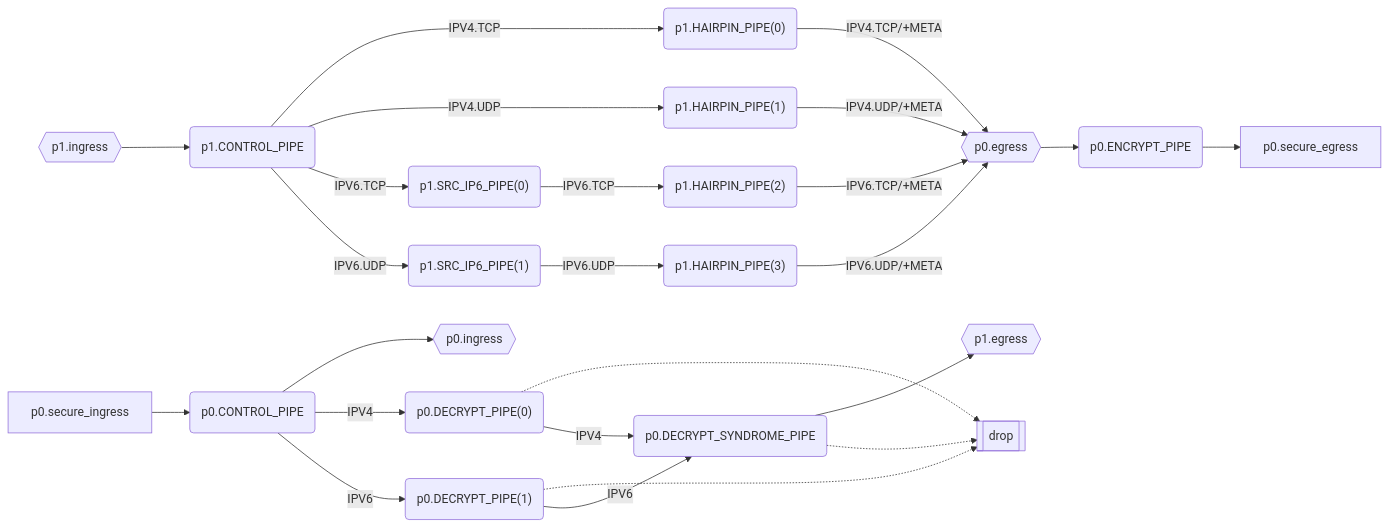
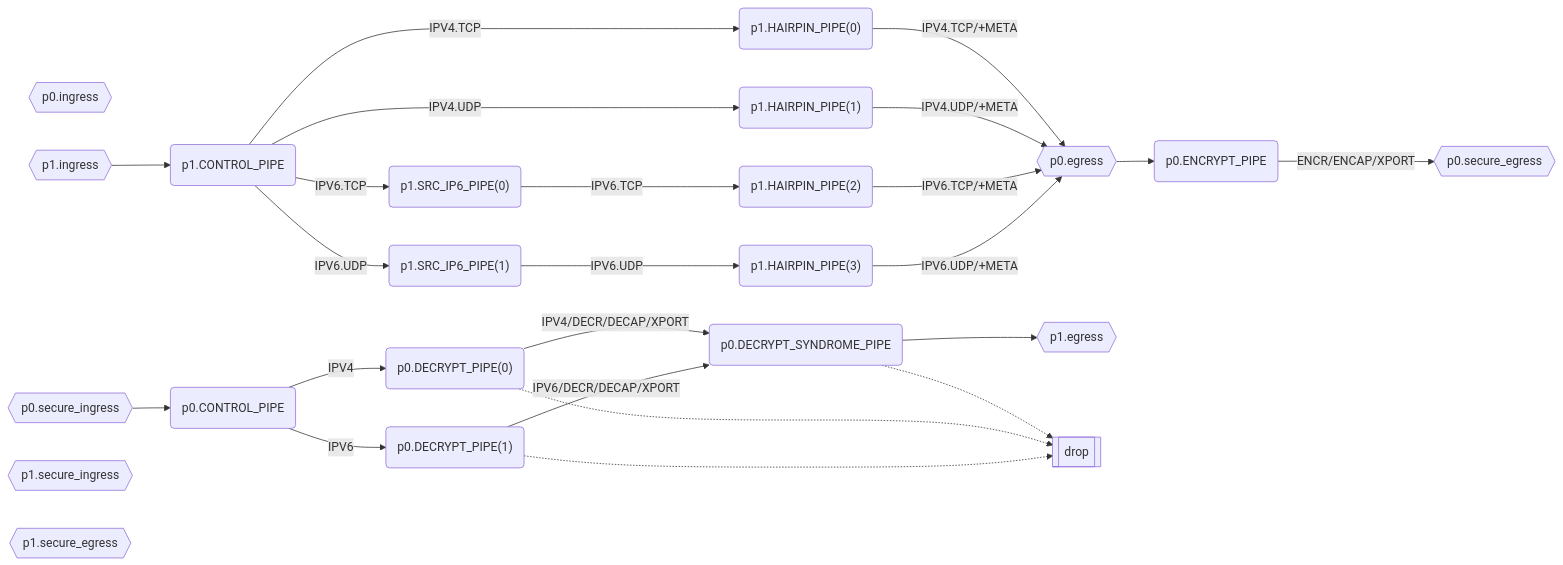
The second of 3 diagrams in README.md (nvbrent/doca-flow-viz), drawn with Mermaid before and after one commit. The commit also changed other lines of this file and 3 other files, not shown here.

````diff
--- a/README.md
+++ b/README.md
@@ -31,42 +76,47 @@
 ```mermaid
 flowchart LR
     p0.ingress{{p0.ingress}}
     p0.egress{{p0.egress}}
+    p0.secure_ingress{{p0.secure_ingress}}
+    p0.secure_egress{{p0.secure_egress}}
     p1.ingress{{p1.ingress}}
     p1.egress{{p1.egress}}
+    p1.secure_ingress{{p1.secure_ingress}}
+    p1.secure_egress{{p1.secure_egress}}
     p0.ENCRYPT_PIPE("p0.ENCRYPT_PIPE")
     p0.DECRYPT_SYNDROME_PIPE("p0.DECRYPT_SYNDROME_PIPE")
     p0.DECRYPT_PIPE0("p0.DECRYPT_PIPE(0)")
     p0.DECRYPT_PIPE1("p0.DECRYPT_PIPE(1)")
     p0.CONTROL_PIPE("p0.CONTROL_PIPE")
     p1.HAIRPIN_PIPE0("p1.HAIRPIN_PIPE(0)")
     p1.HAIRPIN_PIPE1("p1.HAIRPIN_PIPE(1)")
     p1.HAIRPIN_PIPE2("p1.HAIRPIN_PIPE(2)")
     p1.HAIRPIN_PIPE3("p1.HAIRPIN_PIPE(3)")
     p1.SRC_IP6_PIPE0("p1.SRC_IP6_PIPE(0)")
     p1.SRC_IP6_PIPE1("p1.SRC_IP6_PIPE(1)")
     p1.CONTROL_PIPE("p1.CONTROL_PIPE")
     drop[[drop]]
 
-p0.egress-->p0.ENCRYPT_PIPE-->    p0.secure_egress
-    p0.secure_ingress-->p0.CONTROL_PIPE-->    p0.ingress
+p0.egress-->p0.ENCRYPT_PIPE
+    p0.secure_ingress-->p0.CONTROL_PIPE
+    p0.ENCRYPT_PIPE-->|ENCR/ENCAP/XPORT|p0.secure_egress
     p0.DECRYPT_SYNDROME_PIPE-->p1.egress
     p0.DECRYPT_SYNDROME_PIPE-.->drop
     p0.DECRYPT_PIPE0-.->drop
-    p0.DECRYPT_PIPE0-->|IPV4|p0.DECRYPT_SYNDROME_PIPE
+    p0.DECRYPT_PIPE0-->|IPV4/DECR/DECAP/XPORT|p0.DECRYPT_SYNDROME_PIPE
     p0.DECRYPT_PIPE1-.->drop
-    p0.DECRYPT_PIPE1-->|IPV6|p0.DECRYPT_SYNDROME_PIPE
+    p0.DECRYPT_PIPE1-->|IPV6/DECR/DECAP/XPORT|p0.DECRYPT_SYNDROME_PIPE
     p0.CONTROL_PIPE-->|IPV4|p0.DECRYPT_PIPE0
     p0.CONTROL_PIPE-->|IPV6|p0.DECRYPT_PIPE1
     p1.ingress-->p1.CONTROL_PIPE
     p1.HAIRPIN_PIPE0-->|IPV4.TCP/+META|p0.egress
     p1.HAIRPIN_PIPE1-->|IPV4.UDP/+META|p0.egress
     p1.HAIRPIN_PIPE2-->|IPV6.TCP/+META|p0.egress
     p1.HAIRPIN_PIPE3-->|IPV6.UDP/+META|p0.egress
     p1.SRC_IP6_PIPE0-->|IPV6.TCP|p1.HAIRPIN_PIPE2
     p1.SRC_IP6_PIPE1-->|IPV6.UDP|p1.HAIRPIN_PIPE3
     p1.CONTROL_PIPE-->|IPV4.TCP|p1.HAIRPIN_PIPE0
     p1.CONTROL_PIPE-->|IPV4.UDP|p1.HAIRPIN_PIPE1
     p1.CONTROL_PIPE-->|IPV6.TCP|p1.SRC_IP6_PIPE0
     p1.CONTROL_PIPE-->|IPV6.UDP|p1.SRC_IP6_PIPE1
 ```
````
